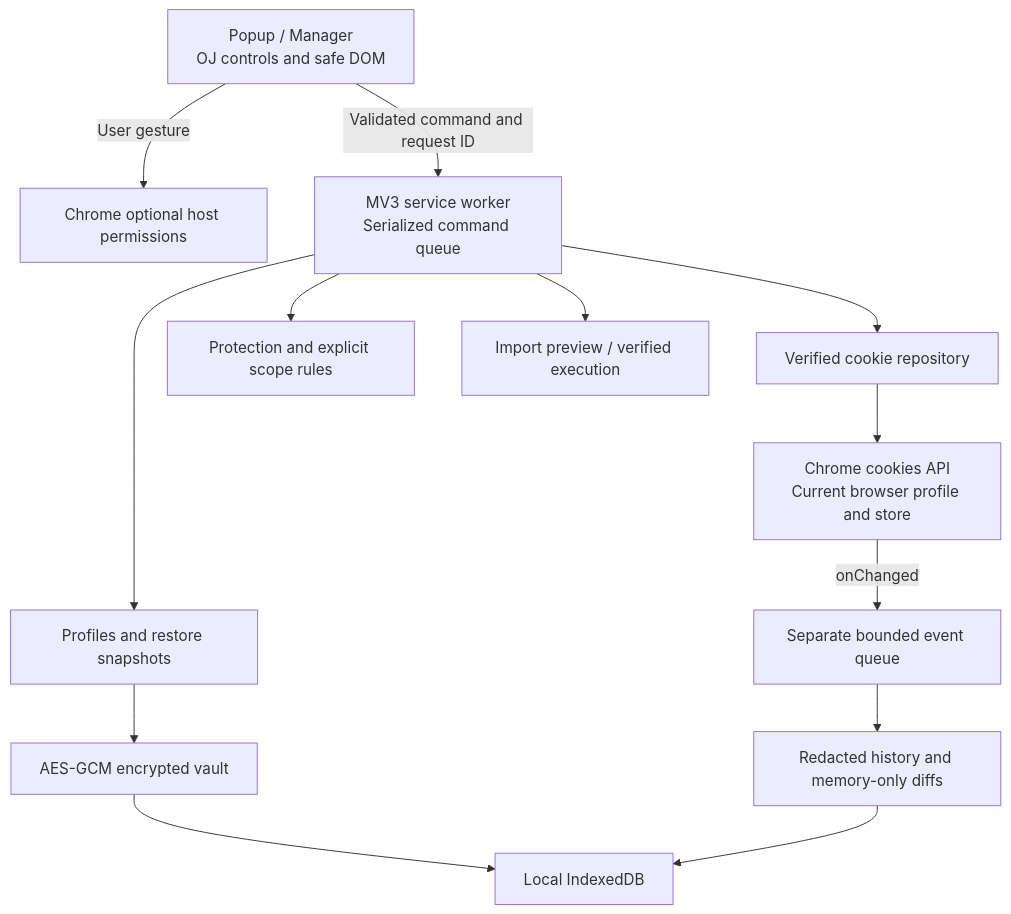
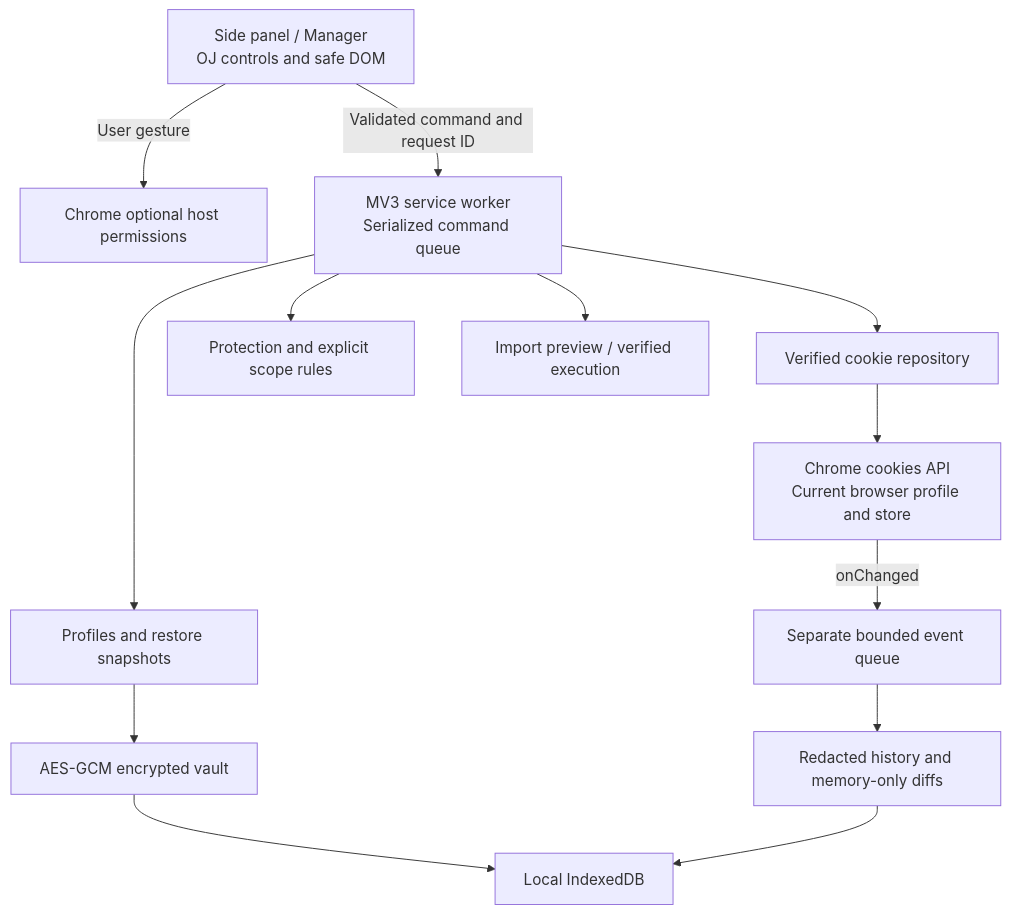
Before and after one commit to oliverjessner/cookiebase: the diagram in docs/ARCHITECTURE.md, drawn with Mermaid. The commit also changed other lines of this file and 18 other files, not shown here.

````diff
--- a/docs/ARCHITECTURE.md
+++ b/docs/ARCHITECTURE.md
@@ -7,15 +7,15 @@
 ```mermaid
 flowchart TD
-  UI[Popup / Manager\nOJ controls and safe DOM] -->|User gesture| Permissions[Chrome optional host permissions]
+  UI[Side panel / Manager\nOJ controls and safe DOM] -->|User gesture| Permissions[Chrome optional host permissions]
   UI -->|Validated command and request ID| Worker[MV3 service worker\nSerialized command queue]
   Worker --> Repository[Verified cookie repository]
   Repository --> Cookies[Chrome cookies API\nCurrent browser profile and store]
   Worker --> Rules[Protection and explicit scope rules]
   Worker --> Transfer[Import preview / verified execution]
   Worker --> Profiles[Profiles and restore snapshots]
   Profiles --> Vault[AES-GCM encrypted vault]
   Vault --> IDB[Local IndexedDB]
   Cookies -->|onChanged| Events[Separate bounded event queue]
   Events --> History[Redacted history and memory-only diffs]
   History --> IDB
 ```
````
